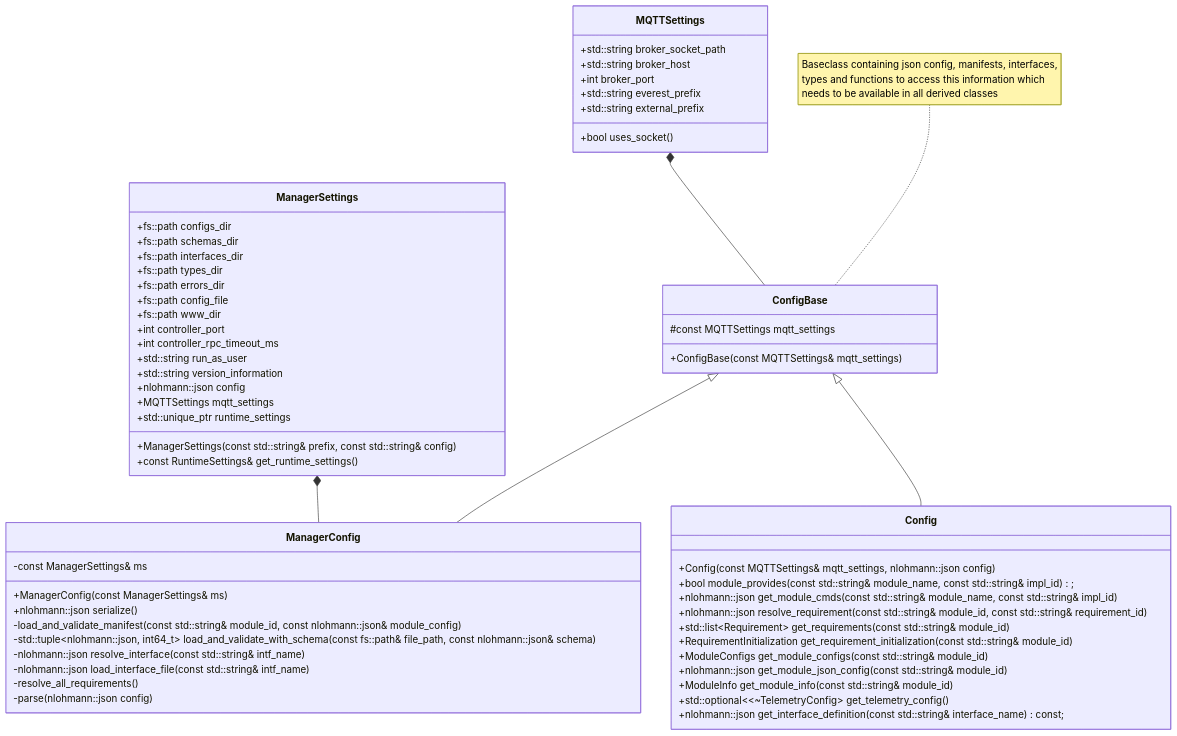
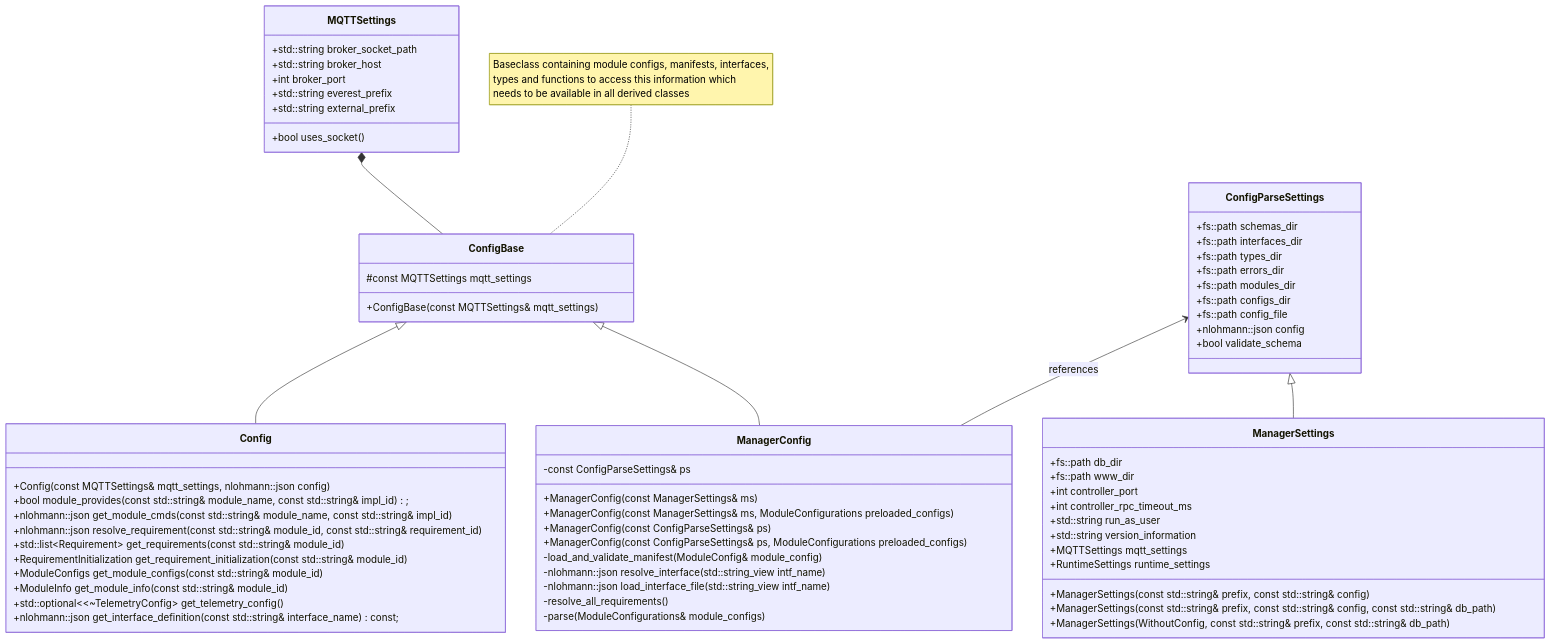
Before and after one commit to EVerest/EVerest: the second of 2 diagrams in lib/everest/framework/docs/MQTTConfigDistribution.md, drawn with Mermaid. The commit also changed other lines of this file and 97 other files, not shown here.

````diff
--- a/lib/everest/framework/docs/MQTTConfigDistribution.md
+++ b/lib/everest/framework/docs/MQTTConfigDistribution.md
@@ -49,72 +57,80 @@
 ```mermaid
 classDiagram
 ConfigBase <|-- ManagerConfig
 ConfigBase <|-- Config
+ConfigParseSettings <|-- ManagerSettings
 MQTTSettings *-- ConfigBase
-ManagerSettings *-- ManagerConfig
+ConfigParseSettings <-- ManagerConfig : references
 
 note for ConfigBase "
-Baseclass containing json config, manifests, interfaces,
+Baseclass containing module configs, manifests, interfaces,
 types and functions to access this information which
 needs to be available in all derived classes
 "
 
-class ManagerSettings{
-    +fs::path configs_dir
+class ConfigParseSettings{
     +fs::path schemas_dir
     +fs::path interfaces_dir
     +fs::path types_dir
     +fs::path errors_dir
+    +fs::path modules_dir
+    +fs::path configs_dir
     +fs::path config_file
+    +nlohmann::json config
+    +bool validate_schema
+}
+
+class ManagerSettings{
+    +fs::path db_dir
     +fs::path www_dir
     +int controller_port
     +int controller_rpc_timeout_ms
     +std::string run_as_user
     +std::string version_information
-    +nlohmann::json config
     +MQTTSettings mqtt_settings
-    +std::unique_ptr<RuntimeSettings> runtime_settings
+    +RuntimeSettings runtime_settings
     +ManagerSettings(const std::string& prefix, const std::string& config)
-    +const RuntimeSettings& get_runtime_settings()
+    +ManagerSettings(const std::string& prefix, const std::string& config, const std::string& db_path)
+    +ManagerSettings(WithoutConfig, const std::string& prefix, const std::string& db_path)
 }
 
 class MQTTSettings{
     +std::string broker_socket_path
     +std::string broker_host
     +int broker_port
     +std::string everest_prefix
     +std::string external_prefix
     +bool uses_socket()
 }
 
 class ConfigBase{
     #const MQTTSettings mqtt_settings
     +ConfigBase(const MQTTSettings& mqtt_settings)
 }
 
 class ManagerConfig{
-    -const ManagerSettings& ms
+    -const ConfigParseSettings& ps
     +ManagerConfig(const ManagerSettings& ms)
-    +nlohmann::json serialize()
-    -load_and_validate_manifest(const std::string& module_id, const nlohmann::json& module_config)
-    -std::tuple~nlohmann::json, int64_t~ load_and_validate_with_schema(const fs::path& file_path, const nlohmann::json& schema)
-    -nlohmann::json resolve_interface(const std::string& intf_name)
-    -nlohmann::json load_interface_file(const std::string& intf_name)
+    +ManagerConfig(const ManagerSettings& ms, ModuleConfigurations preloaded_configs)
+    +ManagerConfig(const ConfigParseSettings& ps)
+    +ManagerConfig(const ConfigParseSettings& ps, ModuleConfigurations preloaded_configs)
+    -load_and_validate_manifest(ModuleConfig& module_config)
+    -nlohmann::json resolve_interface(std::string_view intf_name)
+    -nlohmann::json load_interface_file(std::string_view intf_name)
     -resolve_all_requirements()
-    -parse(nlohmann::json config)
+    -parse(ModuleConfigurations& module_configs)
 }
 
 class Config{
     +Config(const MQTTSettings& mqtt_settings, nlohmann::json config)
     +bool module_provides(const std::string& module_name, const std::string& impl_id);
     +nlohmann::json get_module_cmds(const std::string& module_name, const std::string& impl_id)
     +nlohmann::json resolve_requirement(const std::string& module_id, const std::string& requirement_id)
     +std::list~Requirement~ get_requirements(const std::string& module_id)
     +RequirementInitialization get_requirement_initialization(const std::string& module_id)
     +ModuleConfigs get_module_configs(const std::string& module_id)
-    +nlohmann::json get_module_json_config(const std::string& module_id)
     +ModuleInfo get_module_info(const std::string& module_id)
     +std::optional~<~TelemetryConfig~ get_telemetry_config()
     +nlohmann::json get_interface_definition(const std::string& interface_name) const;
 }
 ```
````
